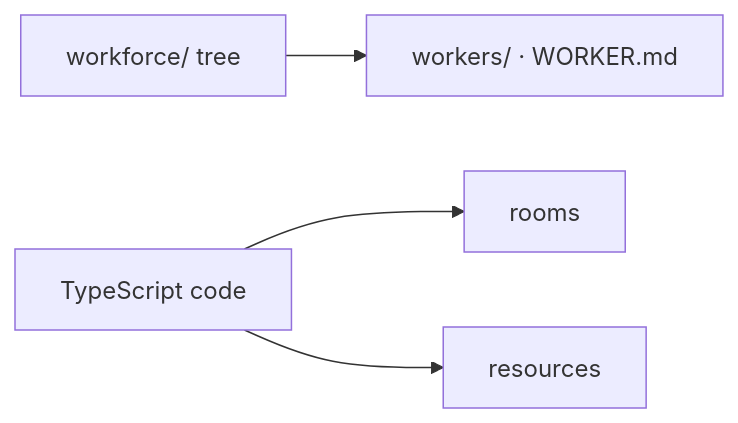
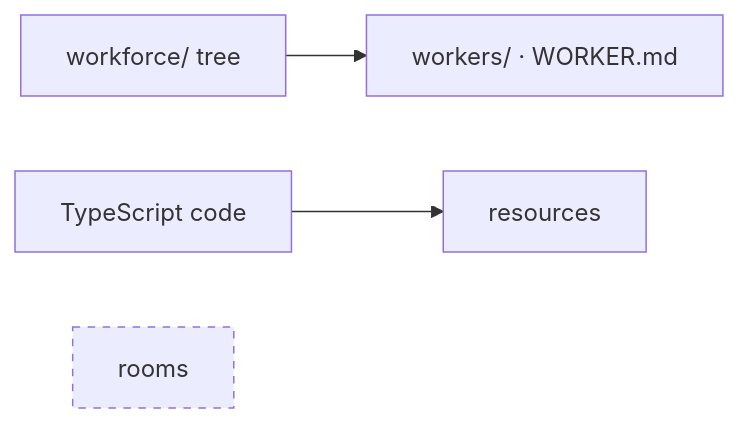
Before and after one commit to fixpoint-labs/flow-state-dev: the first of 3 diagrams in spec/FIX-1352.explainer.md, drawn with Mermaid. The commit also changed other lines of this file and 1 other file, not shown here.

````diff
--- a/spec/FIX-1352.explainer.md
+++ b/spec/FIX-1352.explainer.md
@@ -10,6 +10,8 @@
 ```mermaid
 flowchart LR
   TREE["workforce/ tree"] --> W["workers/ · WORKER.md"]
-  CODE["TypeScript code"] --> R["rooms"]
-  CODE --> RES["resources"]
+  CODE["TypeScript code"] --> RES["resources"]
+  R["rooms"]
+  classDef none stroke-dasharray:5 5
+  class R none
 ```
````
